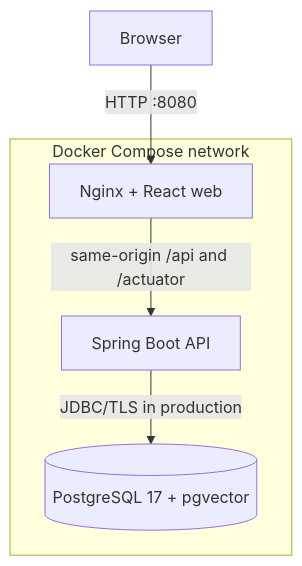
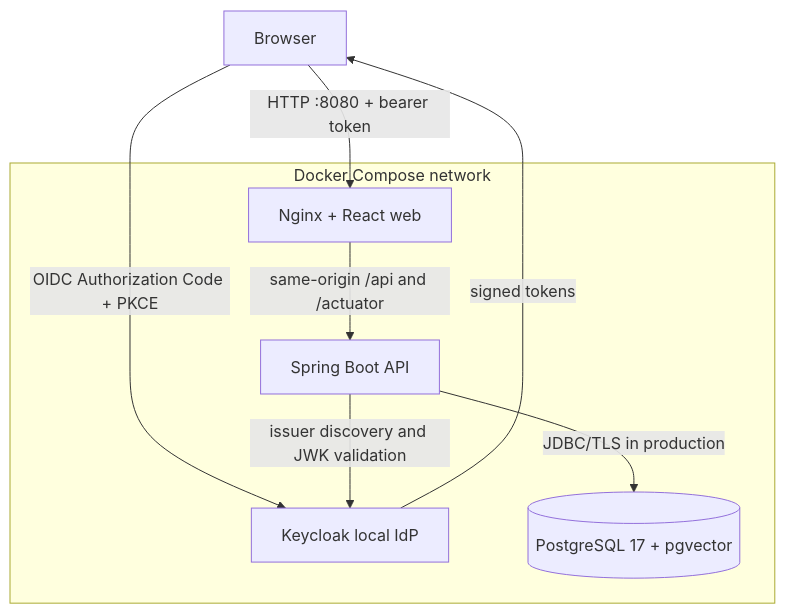
One commit to Yanziki/enterprise-ai-knowledge-ops-platform changed the second of 2 diagrams in docs/architecture/context.md. Above: the diagram before and after it, drawn with Mermaid. The commit also changed other lines of this file and 4 other files, not shown here.

````diff
--- a/docs/architecture/context.md
+++ b/docs/architecture/context.md
@@ -22,12 +23,16 @@
 ```mermaid
 flowchart TB
-  Browser["Browser"] -->|"HTTP :8080"| Web["Nginx + React web"]
+  Browser["Browser"] -->|"OIDC Authorization Code + PKCE"| IdP["Keycloak local IdP"]
+  IdP -->|"signed tokens"| Browser
+  Browser -->|"HTTP :8080 + bearer token"| Web["Nginx + React web"]
   Web -->|"same-origin /api and /actuator"| API["Spring Boot API"]
+  API -->|"issuer discovery and JWK validation"| IdP
   API -->|"JDBC/TLS in production"| DB[("PostgreSQL 17 + pgvector")]
 
   subgraph Host["Docker Compose network"]
     Web
     API
     DB
+    IdP
   end
 ```
````
